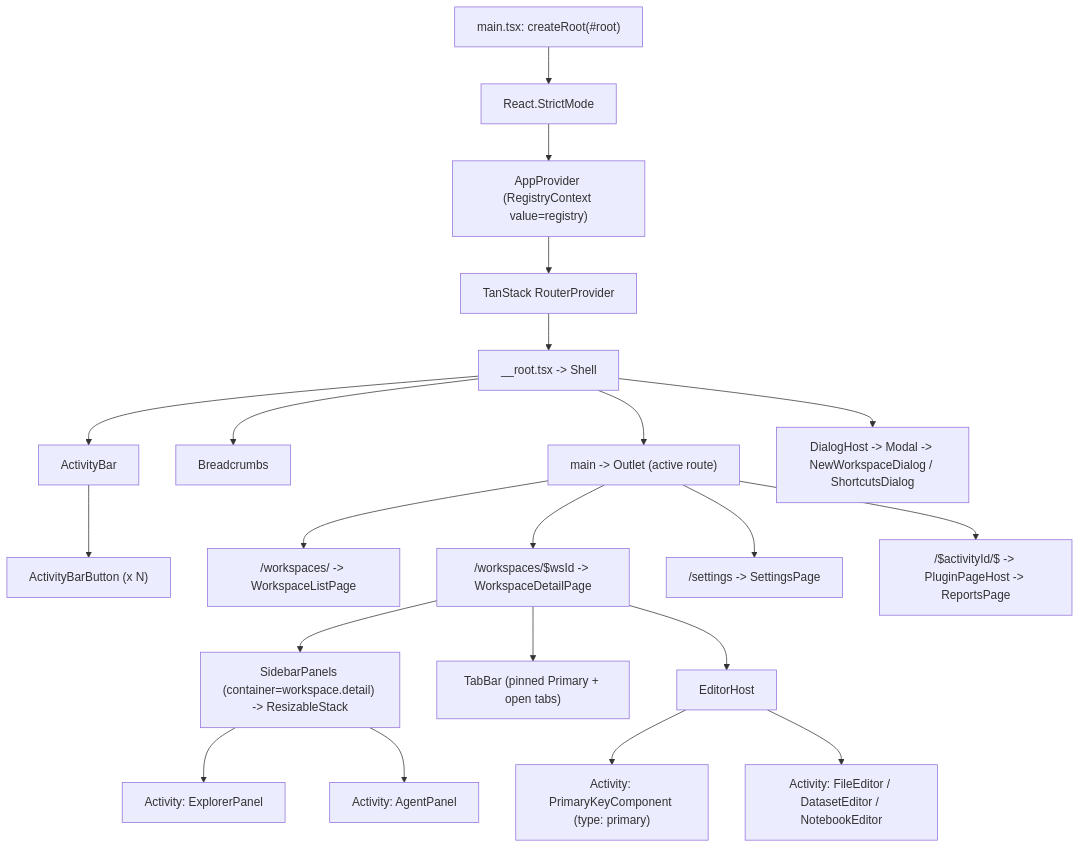
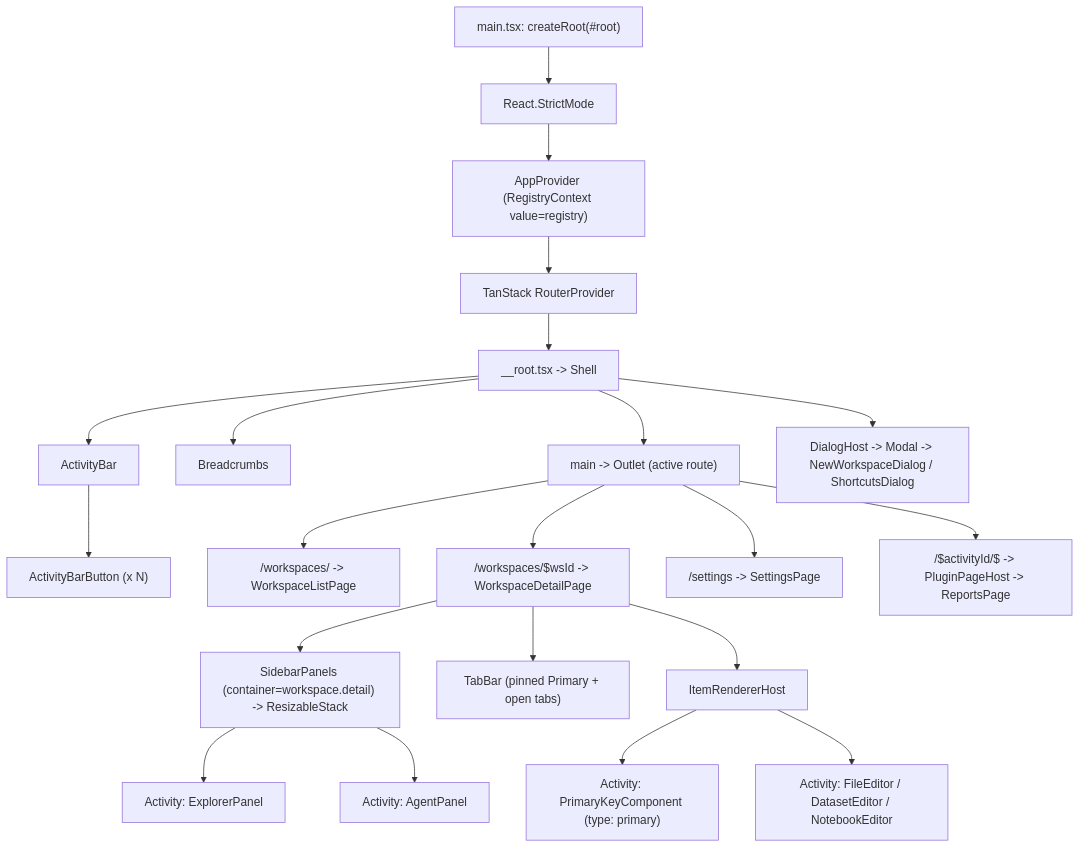
The first of 12 diagrams in docs/DESIGN.md (ppongtong/ide-shell), drawn with Mermaid before and after one commit. The commit also changed other lines of this file and 3 other files, not shown here.

Commit message:
Rename EditorHost to ItemRendererHost

````diff
--- a/docs/DESIGN.md
+++ b/docs/DESIGN.md
@@ -57,29 +57,29 @@
 ```mermaid
 flowchart TD
     Main["main.tsx: createRoot(#root)"] --> Strict["React.StrictMode"]
     Strict --> AppProvider["AppProvider (RegistryContext value=registry)"]
     AppProvider --> RouterProvider["TanStack RouterProvider"]
     RouterProvider --> Root["__root.tsx -> Shell"]
 
     Root --> ActivityBar["ActivityBar"]
     Root --> Breadcrumbs["Breadcrumbs"]
     Root --> Outlet["main -> Outlet (active route)"]
     Root --> DialogHost["DialogHost -> Modal -> NewWorkspaceDialog / ShortcutsDialog"]
 
     ActivityBar --> ActivityBtn["ActivityBarButton (x N)"]
 
     Outlet --> ListPage["/workspaces/ -> WorkspaceListPage"]
     Outlet --> DetailPage["/workspaces/$wsId -> WorkspaceDetailPage"]
     Outlet --> SettingsPage["/settings -> SettingsPage"]
     Outlet --> PluginHost["/$activityId/$ -> PluginPageHost -> ReportsPage"]
 
     DetailPage --> Sidebar["SidebarPanels (container=workspace.detail) -> ResizableStack"]
     DetailPage --> TabBar["TabBar (pinned Primary + open tabs)"]
-    DetailPage --> EditorHost["EditorHost"]
+    DetailPage --> ItemRendererHost["ItemRendererHost"]
 
     Sidebar --> ActExp["Activity: ExplorerPanel"]
     Sidebar --> ActAg["Activity: AgentPanel"]
 
-    EditorHost --> ActPri["Activity: PrimaryKeyComponent (type: primary)"]
-    EditorHost --> ActEd["Activity: FileEditor / DatasetEditor / NotebookEditor"]
+    ItemRendererHost --> ActPri["Activity: PrimaryKeyComponent (type: primary)"]
+    ItemRendererHost --> ActEd["Activity: FileEditor / DatasetEditor / NotebookEditor"]
 ```
````
